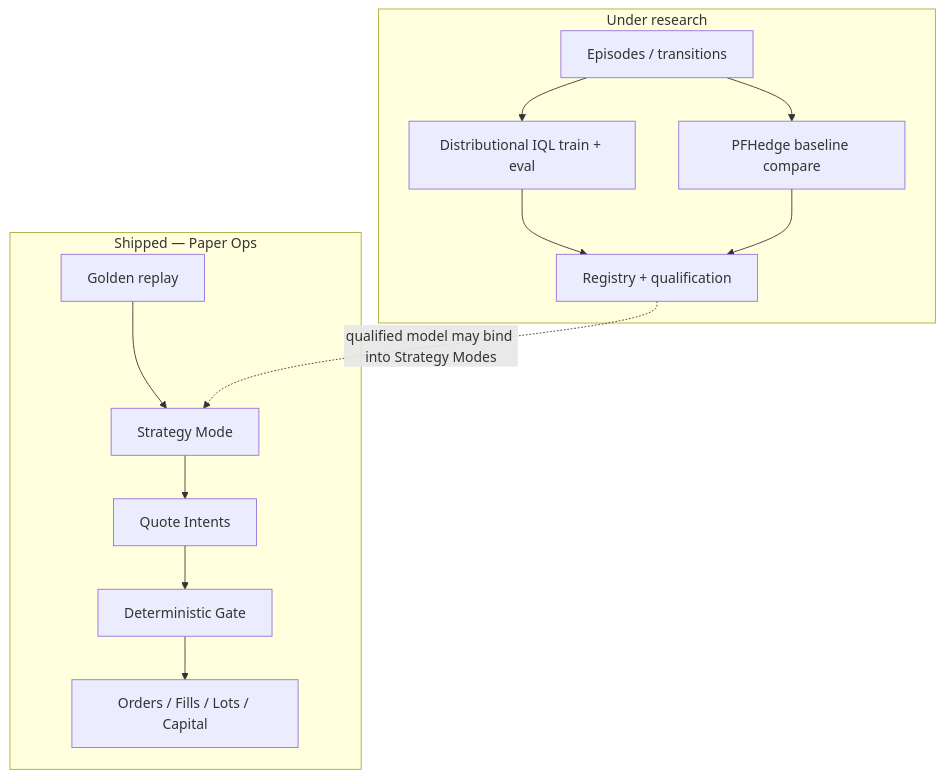
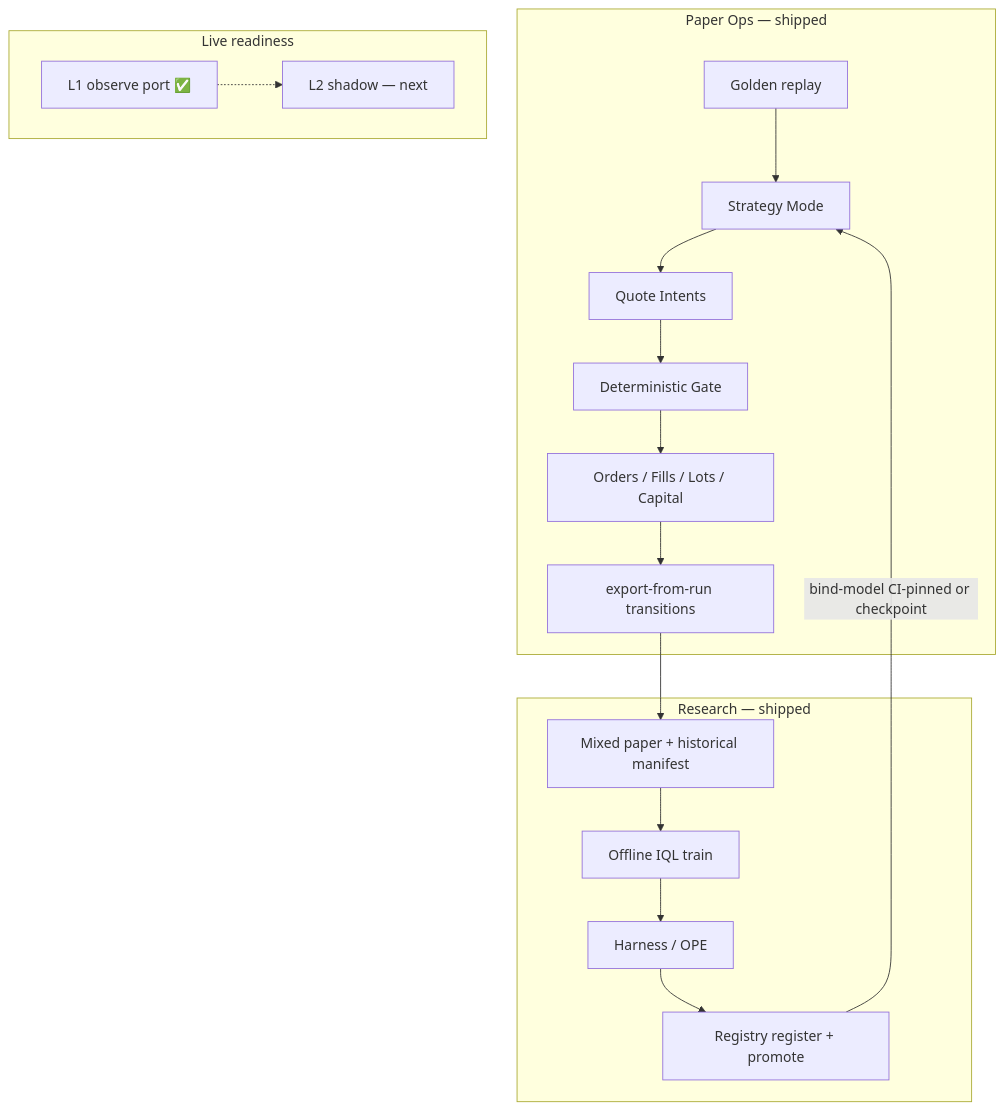
One commit to sinharahul/sneaker_market_maker changed the diagram in docs/MASTER.md. Above: the diagram before and after it, drawn with Mermaid. The commit also changed other lines of this file and 12 other files, not shown here.

First line of the commit message:
docs: reflect Track R complete and L1 observe shipped

````diff
--- a/docs/MASTER.md
+++ b/docs/MASTER.md
@@ -61,22 +68,26 @@
 ```mermaid
 flowchart TB
-  subgraph shipped [Shipped — Paper Ops]
+  subgraph paper [Paper Ops — shipped]
     G[Golden replay]
     S[Strategy Mode]
     Q[Quote Intents]
     Gate[Deterministic Gate]
     Book[Orders / Fills / Lots / Capital]
-    G --> S --> Q --> Gate --> Book
+    Exp[export-from-run transitions]
+    G --> S --> Q --> Gate --> Book --> Exp
   end
-  subgraph research [Under research]
-    Ep[Episodes / transitions]
-    IQL[Distributional IQL train + eval]
-    PF[PFHedge baseline compare]
-    Reg[Registry + qualification]
-    Ep --> IQL
-    Ep --> PF
-    IQL --> Reg
-    PF --> Reg
+  subgraph research [Research — shipped]
+    Mix[Mixed paper + historical manifest]
+    IQL[Offline IQL train]
+    Har[Harness / OPE]
+    Reg[Registry register + promote]
+    Mix --> IQL --> Har --> Reg
   end
-  Reg -.->|qualified model may bind into Strategy Modes| S
+  Exp --> Mix
+  Reg -->|bind-model CI-pinned or checkpoint| S
+  subgraph live [Live readiness]
+    L1[L1 observe port ✅]
+    L2[L2 shadow — next]
+    L1 -.-> L2
+  end
 ```
````
